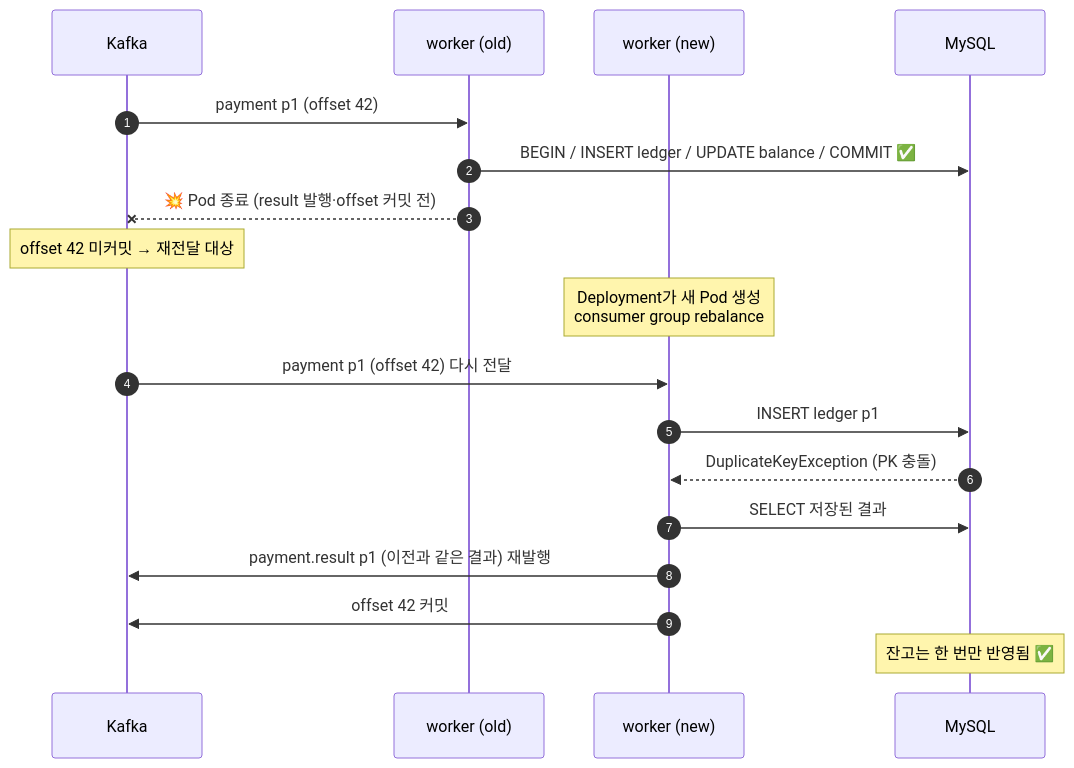
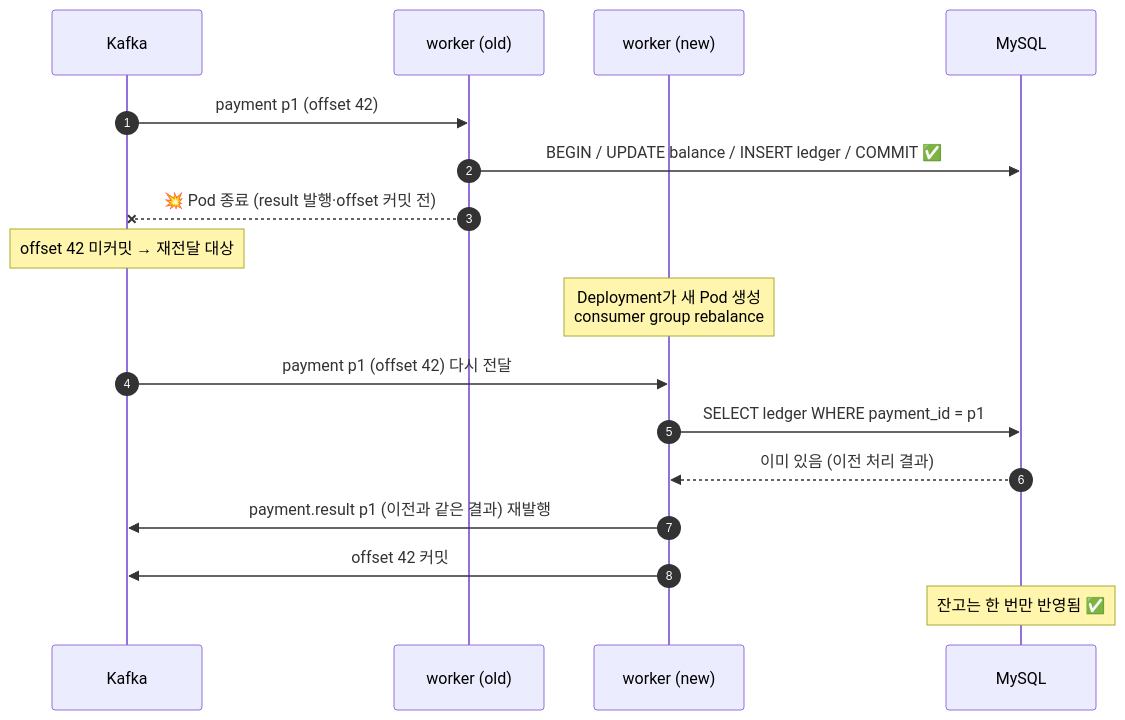
The fifth of 13 diagrams in docs/04-workflows.md (gunhaa/k8s), drawn with Mermaid before and after one commit. The commit also changed other lines of this file and 22 other files, not shown here.

````diff
--- a/docs/04-workflows.md
+++ b/docs/04-workflows.md
@@ -198,21 +198,20 @@
 ```mermaid
 sequenceDiagram
   autonumber
   participant K as Kafka
   participant W1 as worker (old)
   participant W2 as worker (new)
   participant D as MySQL
 
   K->>W1: payment p1 (offset 42)
-  W1->>D: BEGIN / INSERT ledger / UPDATE balance / COMMIT ✅
+  W1->>D: BEGIN / UPDATE balance / INSERT ledger / COMMIT ✅
   W1--xK: 💥 Pod 종료 (result 발행·offset 커밋 전)
   Note over K: offset 42 미커밋 → 재전달 대상
   Note over W2: Deployment가 새 Pod 생성<br/>consumer group rebalance
   K->>W2: payment p1 (offset 42) 다시 전달
-  W2->>D: INSERT ledger p1
-  D-->>W2: DuplicateKeyException (PK 충돌)
-  W2->>D: SELECT 저장된 결과
+  W2->>D: SELECT ledger WHERE payment_id = p1
+  D-->>W2: 이미 있음 (이전 처리 결과)
   W2->>K: payment.result p1 (이전과 같은 결과) 재발행
   W2->>K: offset 42 커밋
   Note over D: 잔고는 한 번만 반영됨 ✅
 ```
````
